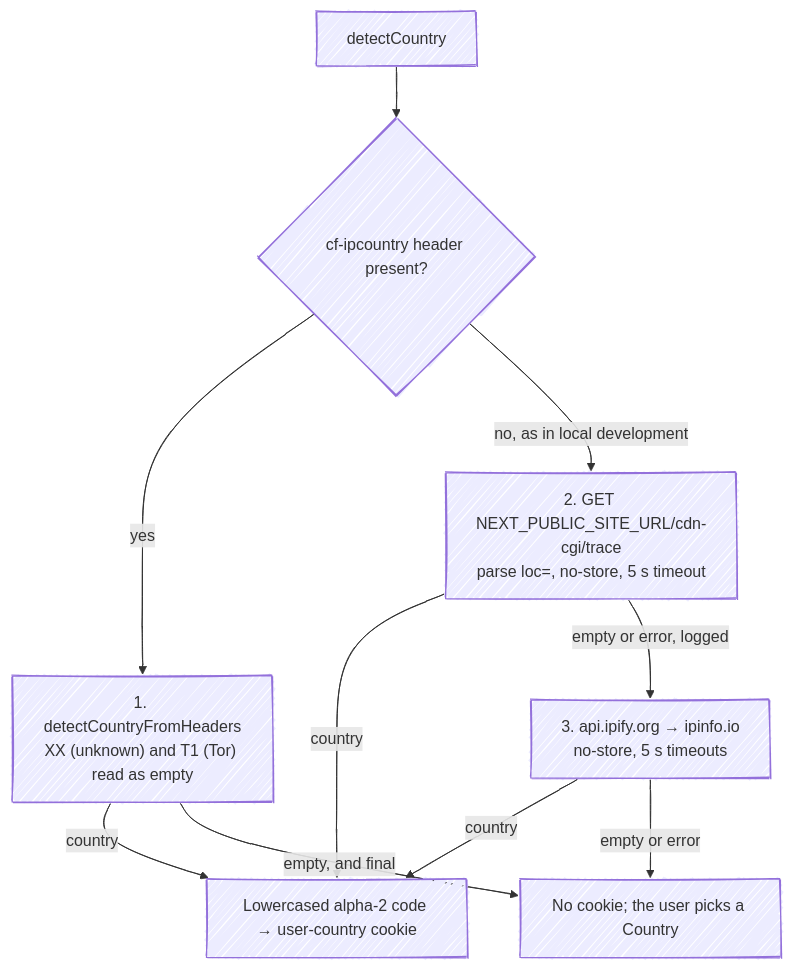
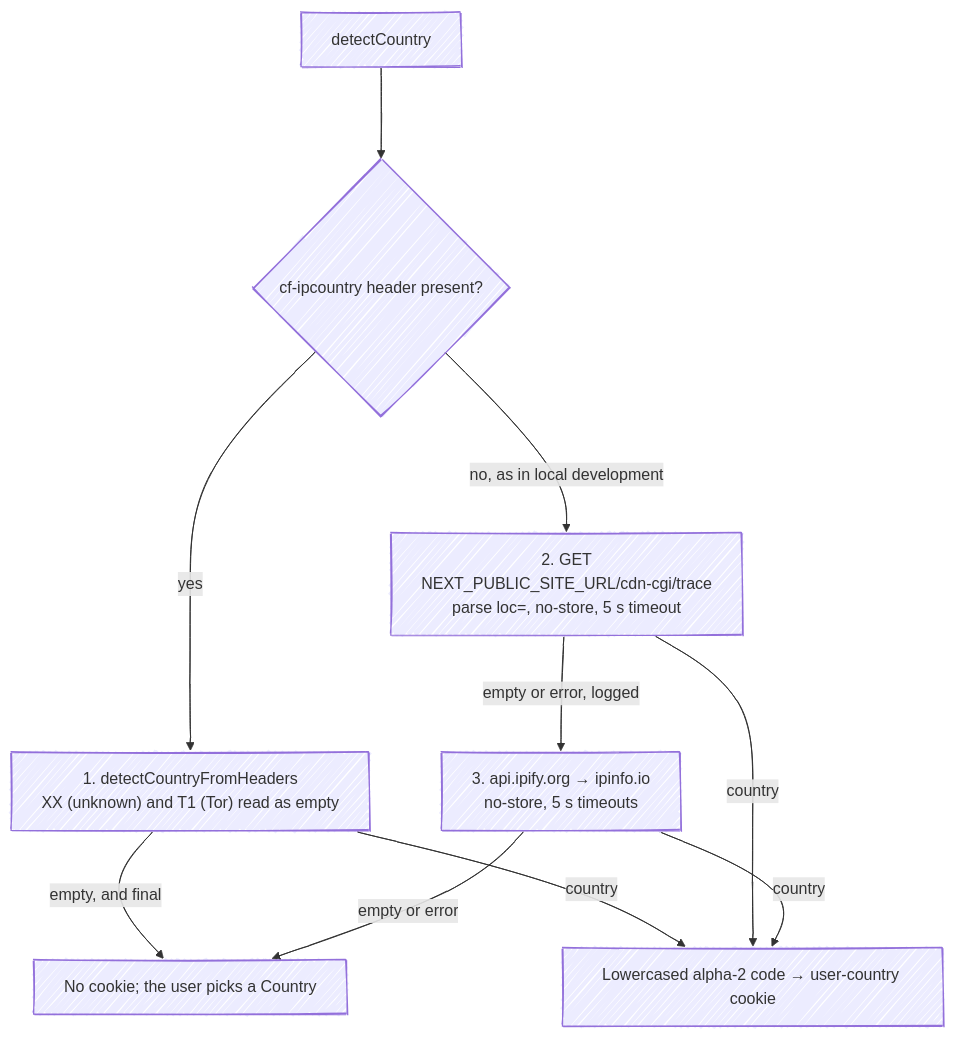
One commit to fbuireu/forever-pto changed the diagram in apps/docs/src/content/docs/how-it-works/country-detection.mdx. Above: the diagram before and after it, drawn with Mermaid. The commit also changed 26 other files, not shown here.

First line of the commit message:
docs(diagrams): fix split words, overlaps and oversized Mermaid diagrams

````diff
--- a/apps/docs/src/content/docs/how-it-works/country-detection.mdx
+++ b/apps/docs/src/content/docs/how-it-works/country-detection.mdx
@@ -31,17 +31,21 @@
 ```mermaid
 ---
 config:
   look: handDrawn
   layout: dagre
+  flowchart:
+    wrappingWidth: 320
+    rankSpacing: 90
+    nodeSpacing: 70
 ---
 flowchart TD
   S[detectCountry] --> H{cf-ipcountry header present?}
+  H -->|no, as in local development| B[2. GET<br/>NEXT_PUBLIC_SITE_URL/cdn-cgi/trace<br/>parse loc=, no-store, 5 s timeout]
   H -->|yes| A["1. detectCountryFromHeaders<br/>XX (unknown) and T1 (Tor) read as empty"]
+  B -->|empty or error, logged| C[3. api.ipify.org → ipinfo.io<br/>no-store, 5 s timeouts]
+  A -->|empty, and final| NONE[No cookie; the user picks a Country]
+  C -->|empty or error| NONE
   A -->|country| OK[Lowercased alpha-2 code → user-country cookie]
-  A -->|empty, and final| NONE[No cookie; the user picks a Country]
-  H -->|no, as in local development| B[2. GET NEXT_PUBLIC_SITE_URL/cdn-cgi/trace<br/>parse loc=, no-store, 5 s timeout]
   B -->|country| OK
-  B -->|empty or error, logged| C[3. api.ipify.org → ipinfo.io<br/>no-store, 5 s timeouts]
   C -->|country| OK
-  C -->|empty or error| NONE
 ```
````
